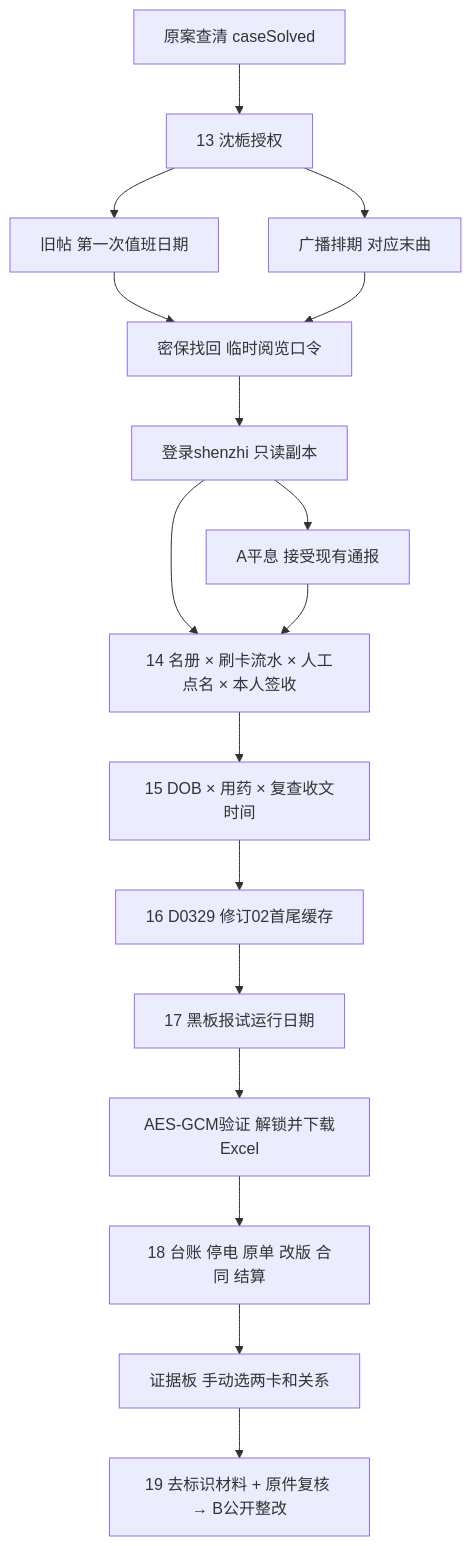
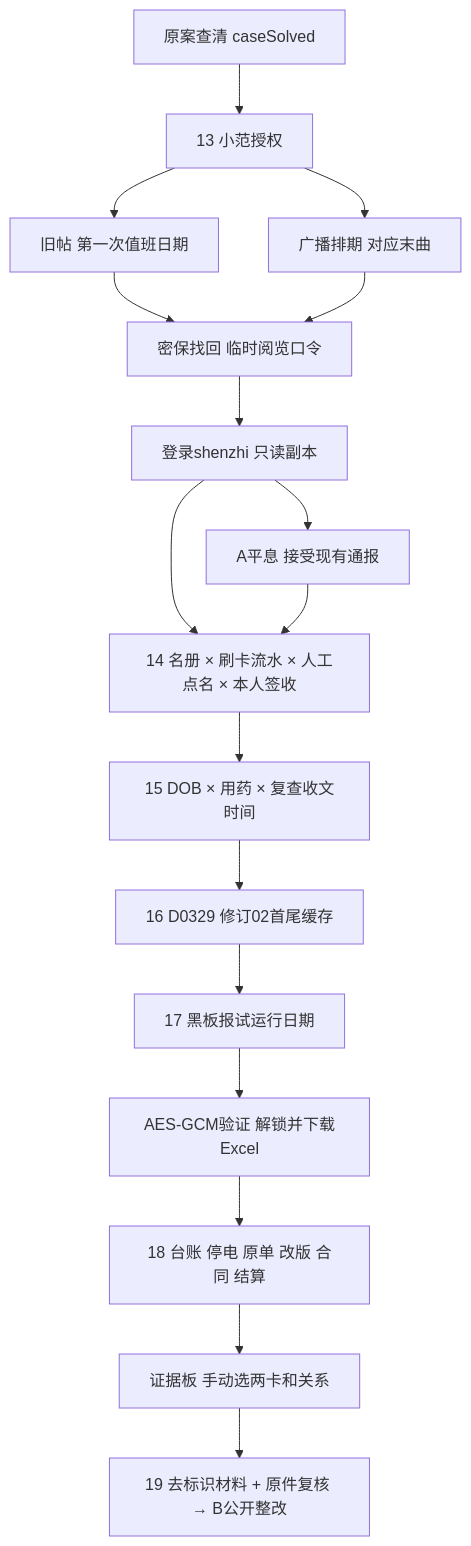
Before and after one commit to huaisu17/third-positive-report: the diagram in docs/EXPANSION-DESIGN.md, drawn with Mermaid. The commit also changed other lines of this file and 44 other files, not shown here.

````diff
--- a/docs/EXPANSION-DESIGN.md
+++ b/docs/EXPANSION-DESIGN.md
@@ -13,19 +13,19 @@
 ```mermaid
 flowchart TD
-  O[原案查清 caseSolved] --> N[13 沈栀授权]
+  O[原案查清 caseSolved] --> N[13 小范授权]
   N --> P[旧帖 第一次值班日期]
   N --> R[广播排期 对应末曲]
   P --> K[密保找回 临时阅览口令]
   R --> K
   K --> L[登录shenzhi 只读副本]
   L --> T[14 名册 × 刷卡流水 × 人工点名 × 本人签收]
   T --> M[15 DOB × 用药 × 复查收文时间]
   M --> C[16 D0329 修订02首尾缓存]
   C --> F[17 黑板报试运行日期]
   F --> V[AES-GCM验证 解锁并下载Excel]
   V --> E[18 台账 停电 原单 改版 合同 结算]
   E --> B[证据板 手动选两卡和关系]
   B --> Z[19 去标识材料 + 原件复核 → B公开整改]
   L --> A[A平息 接受现有通报]
   A --> T
 ```
````
